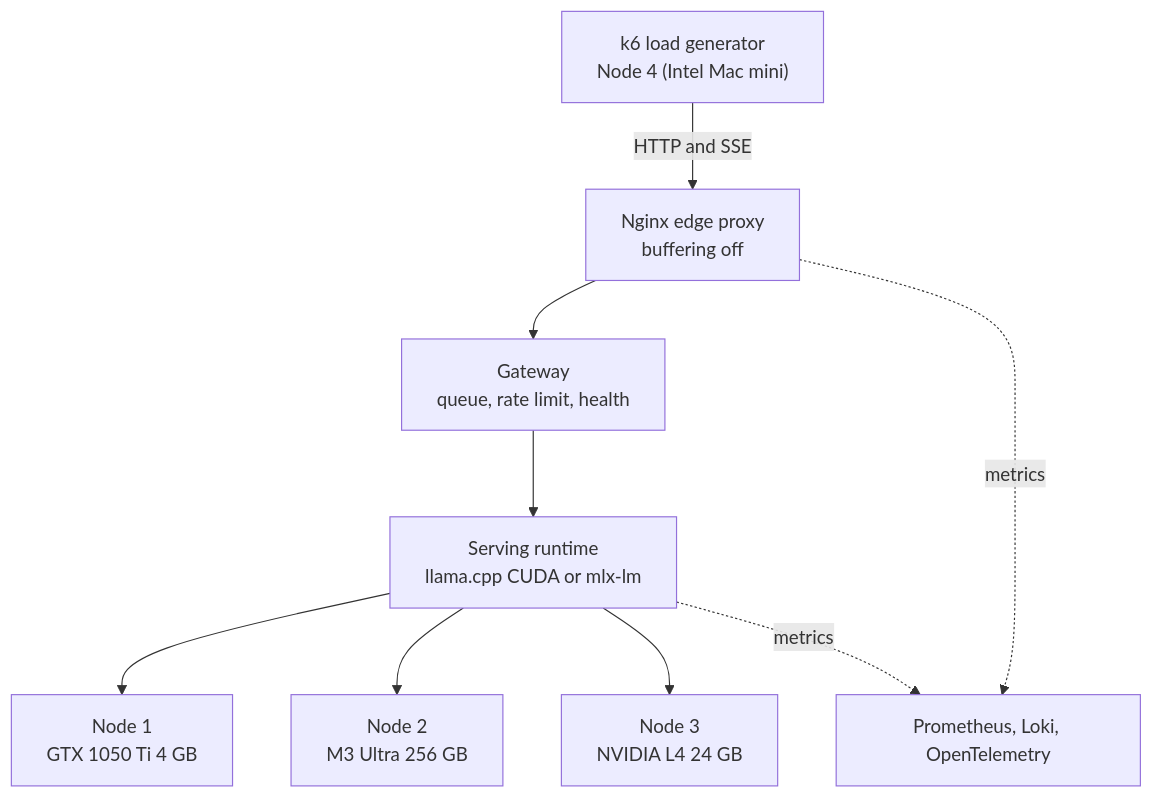
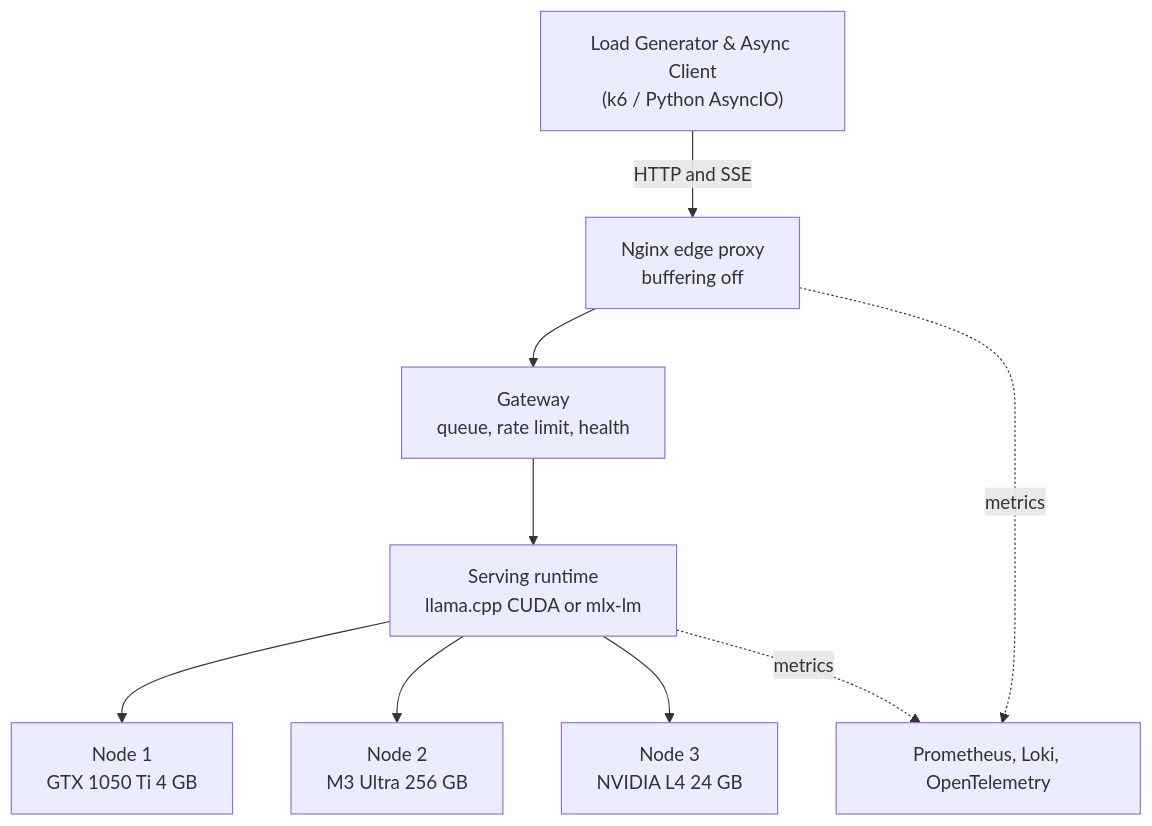
The diagram in README.md (srinivassarkar/ai-infra-systems), drawn with Mermaid before and after one commit. The commit also changed other lines of this file, not shown here.

Commit message:
docs: purge unused Mac mini node and corporate disclaimer from fleet inventory

````diff
--- a/README.md
+++ b/README.md
@@ -18,11 +18,11 @@
 ```mermaid
 flowchart TD
-    K6["k6 load generator<br/>Node 4 (Intel Mac mini)"] -->|HTTP and SSE| NG["Nginx edge proxy<br/>buffering off"]
+    CL["Load Generator & Async Client<br/>(k6 / Python AsyncIO)"] -->|HTTP and SSE| NG["Nginx edge proxy<br/>buffering off"]
     NG --> GW["Gateway<br/>queue, rate limit, health"]
     GW --> RT["Serving runtime<br/>llama.cpp CUDA or mlx-lm"]
     RT --> N1["Node 1<br/>GTX 1050 Ti 4 GB"]
     RT --> N2["Node 2<br/>M3 Ultra 256 GB"]
     RT --> N3["Node 3<br/>NVIDIA L4 24 GB"]
     RT -. metrics .-> OB["Prometheus, Loki, OpenTelemetry"]
     NG -. metrics .-> OB
 ```
````
